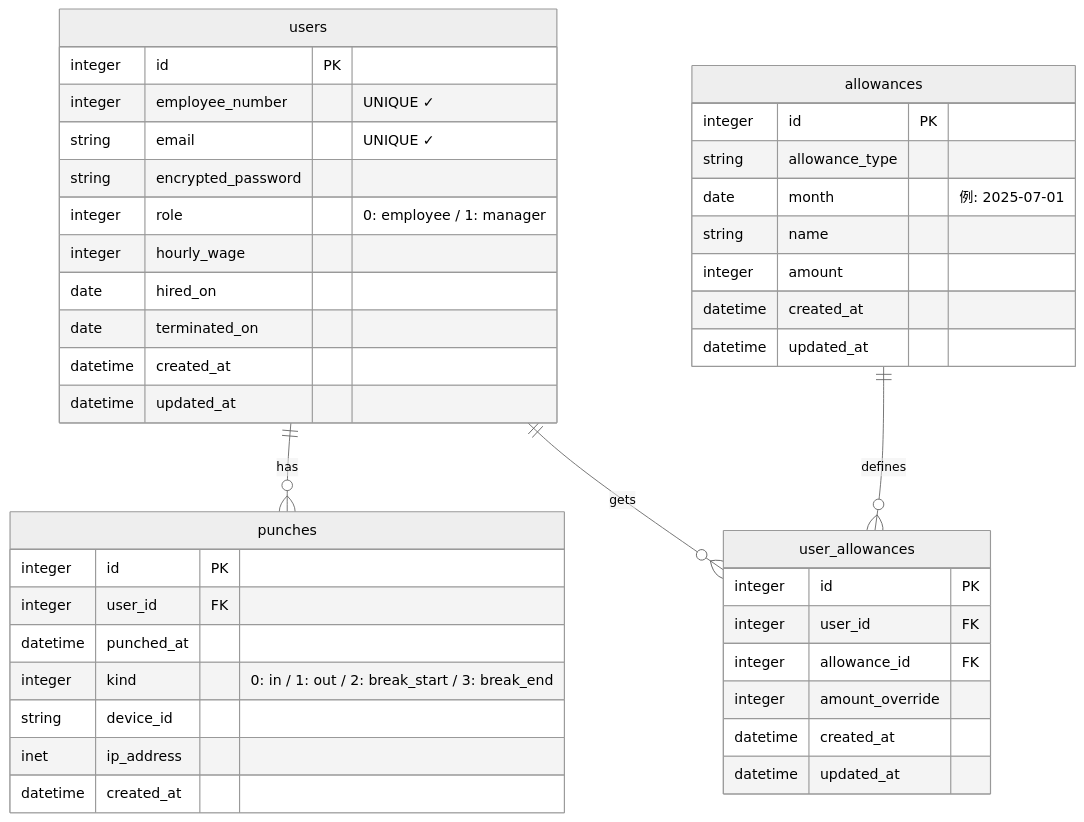
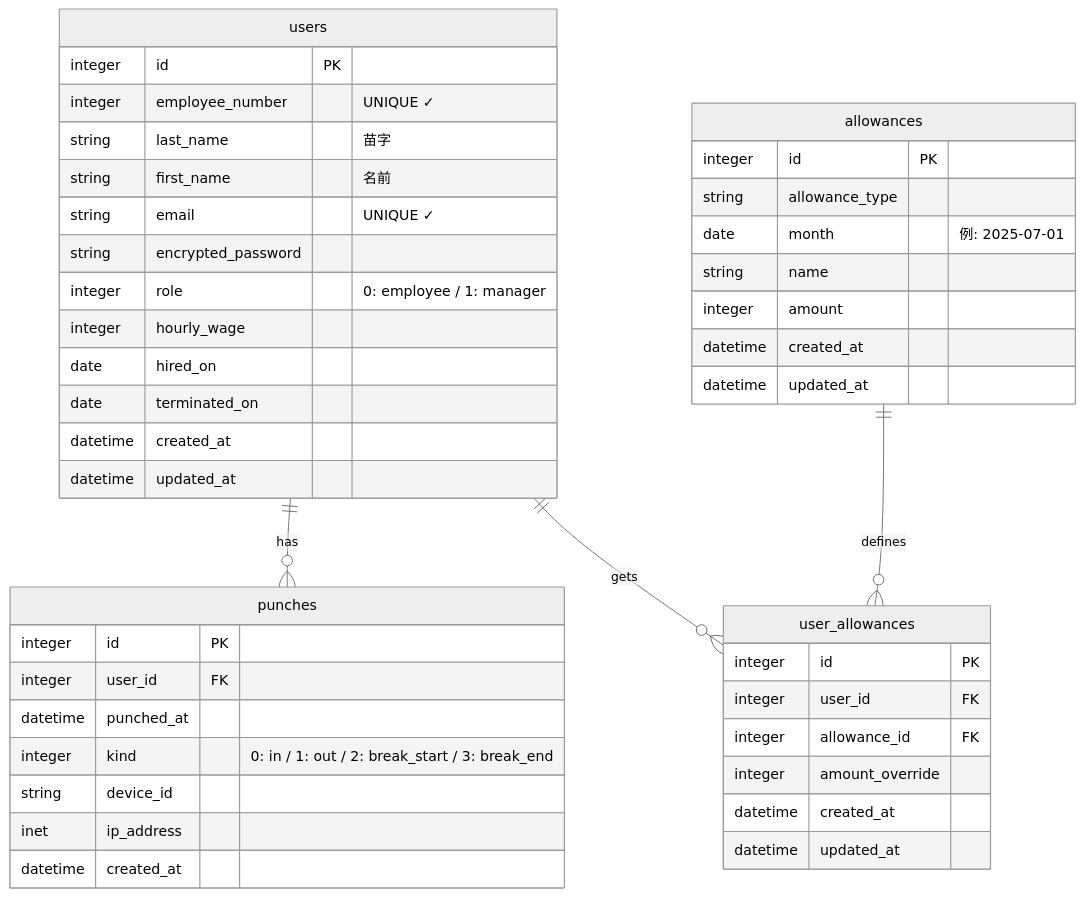
Before and after one commit to peco-tanaka/KitchenShiftManager: the diagram in docs/ER図.md, drawn with Mermaid (neutral theme). The commit also changed 1 other file, not shown here.

Commit message:
doc: Usersテーブルに"first_name", "last_name"カラムを追加

````diff
--- a/docs/ER図.md
+++ b/docs/ER図.md
@@ -1,52 +1,54 @@
 ```mermaid
 erDiagram
     users {
         integer  id PK
         integer  employee_number "UNIQUE ✓"
+        string   last_name      "苗字"
+        string   first_name     "名前"
         string   email           "UNIQUE ✓"
         string   encrypted_password
         integer  role  "0: employee / 1: manager"
         integer  hourly_wage
         date     hired_on
         date     terminated_on
         datetime created_at
         datetime updated_at
     }
 
     punches {
         integer  id PK
         integer  user_id FK
         datetime punched_at
         integer  kind  "0: in / 1: out / 2: break_start / 3: break_end"
         string   device_id
         inet     ip_address
         datetime created_at
     }
 
     allowances {
         integer id PK
         string  allowance_type
         date    month   "例: 2025-07-01"
         string  name
         integer amount
         datetime created_at
         datetime updated_at
     }
 
     user_allowances {
         integer id PK
         integer user_id FK
         integer allowance_id FK
         integer amount_override
         datetime created_at
         datetime updated_at
     }
 
     %%— 1:N —%%%%%%%%%%%%%%%%%%%%%%%%%%%%%%%%%%%%%%%%%%%%%%%%%%%%%%%%%
     users      ||--o{ punches         : has
     users      ||--o{ user_allowances : "gets"
     allowances ||--o{ user_allowances : "defines"
     
     %%— Optional aggregated cache —%%%%%%%%%%%%%%%%%%%%%%%%%%%%%%%%%%%
     %% attendance_monthlies  ||--|| users : aggregates
 ```
````
